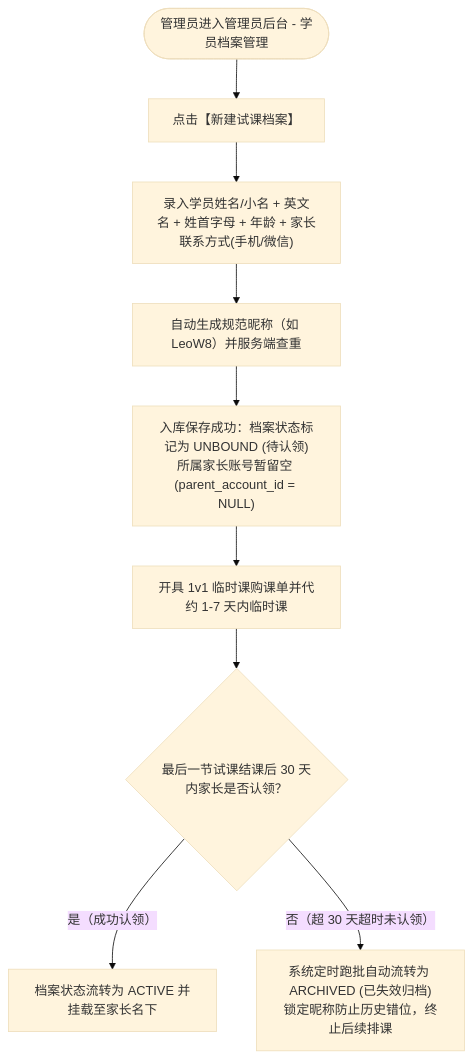
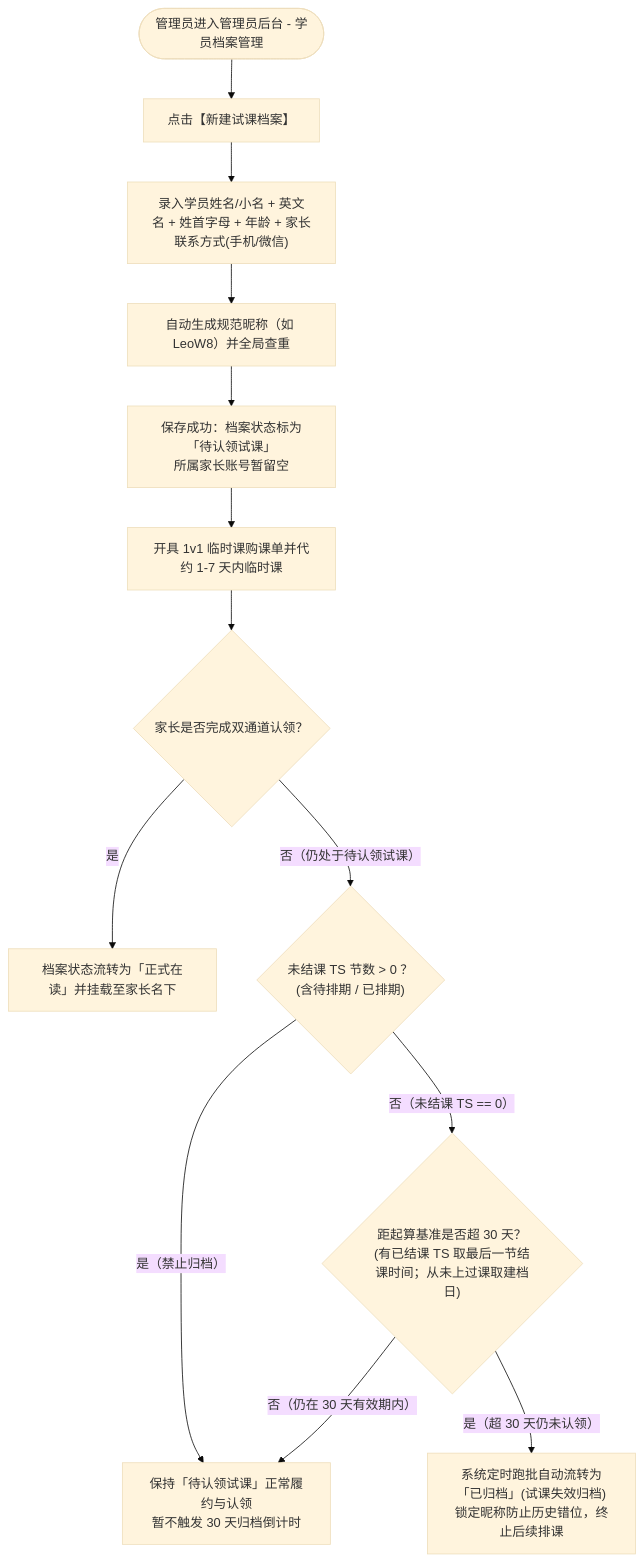
The second of 6 diagrams in docs/prd/m1a_student_profile.md (Onezao/dream), drawn with Mermaid (base theme) before and after one commit. The commit also changed other lines of this file and 38 other files, not shown here.

````diff
--- a/docs/prd/m1a_student_profile.md
+++ b/docs/prd/m1a_student_profile.md
@@ -87,11 +87,15 @@
 ```mermaid
 flowchart TD
     AdminStart(["管理员进入管理员后台 - 学员档案管理"]) --> ClickPreCreate["点击【新建试课档案】"]
     ClickPreCreate --> InputTrialForm["录入学员姓名/小名 + 英文名 + 姓首字母 + 年龄 + 家长联系方式(手机/微信)"]
-    InputTrialForm --> AutoNick["自动生成规范昵称（如 LeoW8）并服务端查重"]
-    AutoNick --> SaveUnbound["入库保存成功：档案状态标记为 UNBOUND (待认领)<br/>所属家长账号暂留空 (parent_account_id = NULL)"]
+    InputTrialForm --> AutoNick["自动生成规范昵称（如 LeoW8）并全局查重"]
+    AutoNick --> SaveUnbound["保存成功：档案状态标为「待认领试课」<br/>所属家长账号暂留空"]
     SaveUnbound --> BookTrial["开具 1v1 临时课购课单并代约 1-7 天内临时课"]
-    BookTrial --> CheckClaim{"最后一节试课结课后 30 天内家长是否认领？"}
-    CheckClaim -->|"是（成功认领）"| BoundActive["档案状态流转为 ACTIVE 并挂载至家长名下"]
-    CheckClaim -->|"否（超 30 天超时未认领）"| AutoArchive["系统定时跑批自动流转为 ARCHIVED (已失效归档)<br/>锁定昵称防止历史错位，终止后续排课"]
+    BookTrial --> ClaimOrHold{"家长是否完成双通道认领？"}
+    ClaimOrHold -->|"是"| BoundActive["档案状态流转为「正式在读」并挂载至家长名下"]
+    ClaimOrHold -->|"否（仍处于待认领试课）"| CheckUncompleted{"未结课 TS 节数 > 0 ？<br/>(含待排期 / 已排期)"}
+    CheckUncompleted -->|"是（禁止归档）"| StayUnbound["保持「待认领试课」正常履约与认领<br/>暂不触发 30 天归档倒计时"]
+    CheckUncompleted -->|"否（未结课 TS == 0）"| CheckTimeout{"距起算基准是否超 30 天？<br/>(有已结课 TS 取最后一节结课时间；从未上过课取建档日)"}
+    CheckTimeout -->|"否（仍在 30 天有效期内）"| StayUnbound
+    CheckTimeout -->|"是（超 30 天仍未认领）"| AutoArchive["系统定时跑批自动流转为「已归档」(试课失效归档)<br/>锁定昵称防止历史错位，终止后续排课"]
 ```
````
